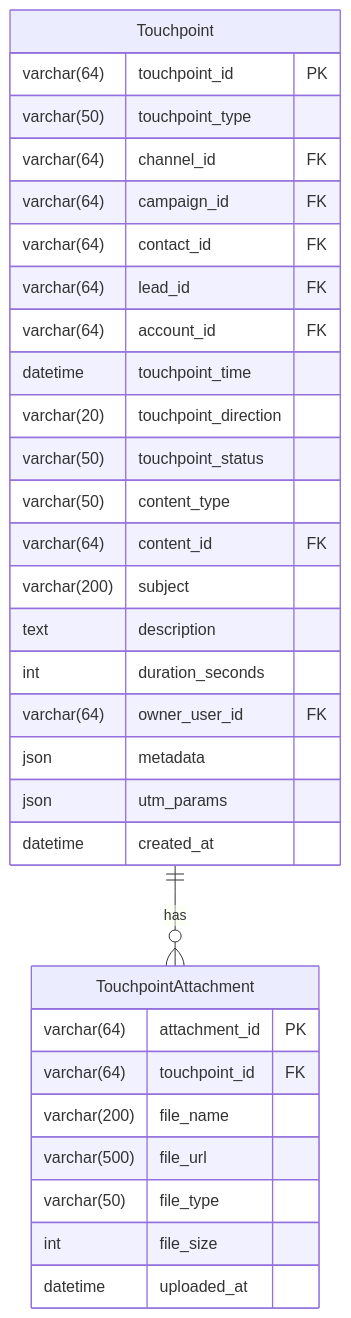
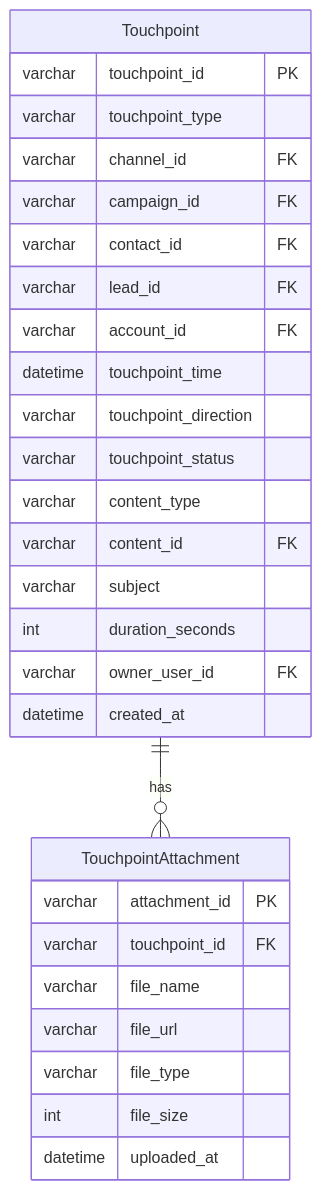
The ninth of 25 diagrams in docs/b2b-cdp-entity-design.md (312268112/advanced-java), drawn with Mermaid before and after one commit. The commit also changed other lines of this file, not shown here.

````diff
--- a/docs/b2b-cdp-entity-design.md
+++ b/docs/b2b-cdp-entity-design.md
@@ -541,36 +532,33 @@
 ```mermaid
 erDiagram
-    Touchpoint ||--o{ TouchpointAttachment : "has"
+    Touchpoint ||--o{ TouchpointAttachment : has
     
     Touchpoint {
-        varchar(64) touchpoint_id PK
-        varchar(50) touchpoint_type
-        varchar(64) channel_id FK
-        varchar(64) campaign_id FK
-        varchar(64) contact_id FK
-        varchar(64) lead_id FK
-        varchar(64) account_id FK
+        varchar touchpoint_id PK
+        varchar touchpoint_type
+        varchar channel_id FK
+        varchar campaign_id FK
+        varchar contact_id FK
+        varchar lead_id FK
+        varchar account_id FK
         datetime touchpoint_time
-        varchar(20) touchpoint_direction
-        varchar(50) touchpoint_status
-        varchar(50) content_type
-        varchar(64) content_id FK
-        varchar(200) subject
-        text description
+        varchar touchpoint_direction
+        varchar touchpoint_status
+        varchar content_type
+        varchar content_id FK
+        varchar subject
         int duration_seconds
-        varchar(64) owner_user_id FK
-        json metadata
-        json utm_params
+        varchar owner_user_id FK
         datetime created_at
     }
     
     TouchpointAttachment {
-        varchar(64) attachment_id PK
-        varchar(64) touchpoint_id FK
-        varchar(200) file_name
-        varchar(500) file_url
-        varchar(50) file_type
+        varchar attachment_id PK
+        varchar touchpoint_id FK
+        varchar file_name
+        varchar file_url
+        varchar file_type
         int file_size
         datetime uploaded_at
     }
 ```
````
